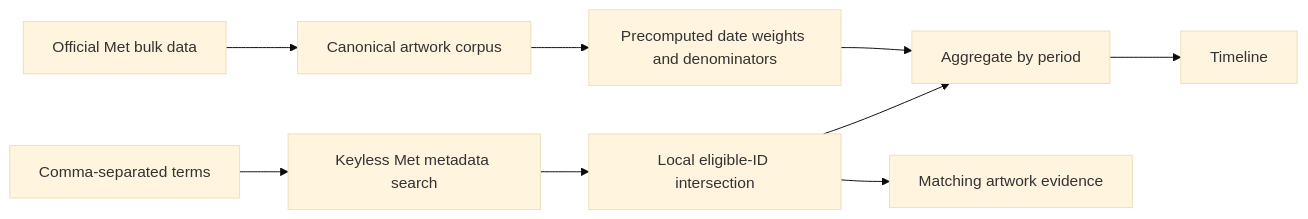
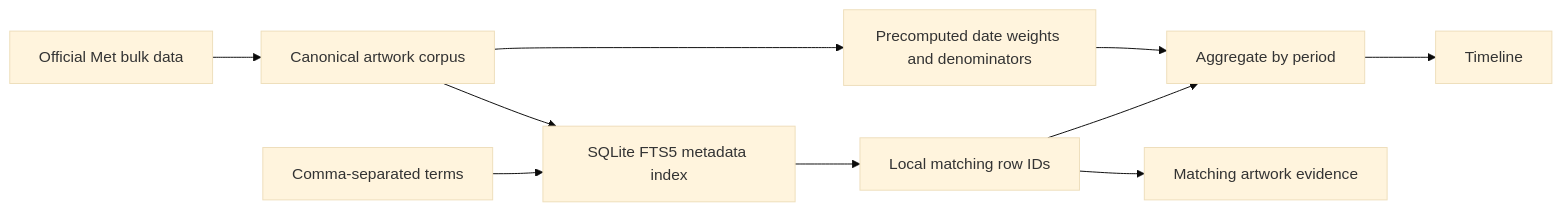
One commit to hannahsgao/mnemosyne changed the diagram in README.md. Above: the diagram before and after it, drawn with Mermaid (base theme). The commit also changed other lines of this file and 4 other files, not shown here.

Commit message:
Document and configure local Met preview

````diff
--- a/README.md
+++ b/README.md
@@ -126,11 +133,12 @@
 ```mermaid
 flowchart LR
   A[Official Met bulk data] --> B[Canonical artwork corpus]
   B --> C[Precomputed date weights and denominators]
-  Q[Comma-separated terms] --> D[Keyless Met metadata search]
-  D --> E[Local eligible-ID intersection]
+  B --> D[SQLite FTS5 metadata index]
+  Q[Comma-separated terms] --> D
+  D --> E[Local matching row IDs]
   C --> F[Aggregate by period]
   E --> F
   F --> G[Timeline]
   E --> H[Matching artwork evidence]
 ```
````
